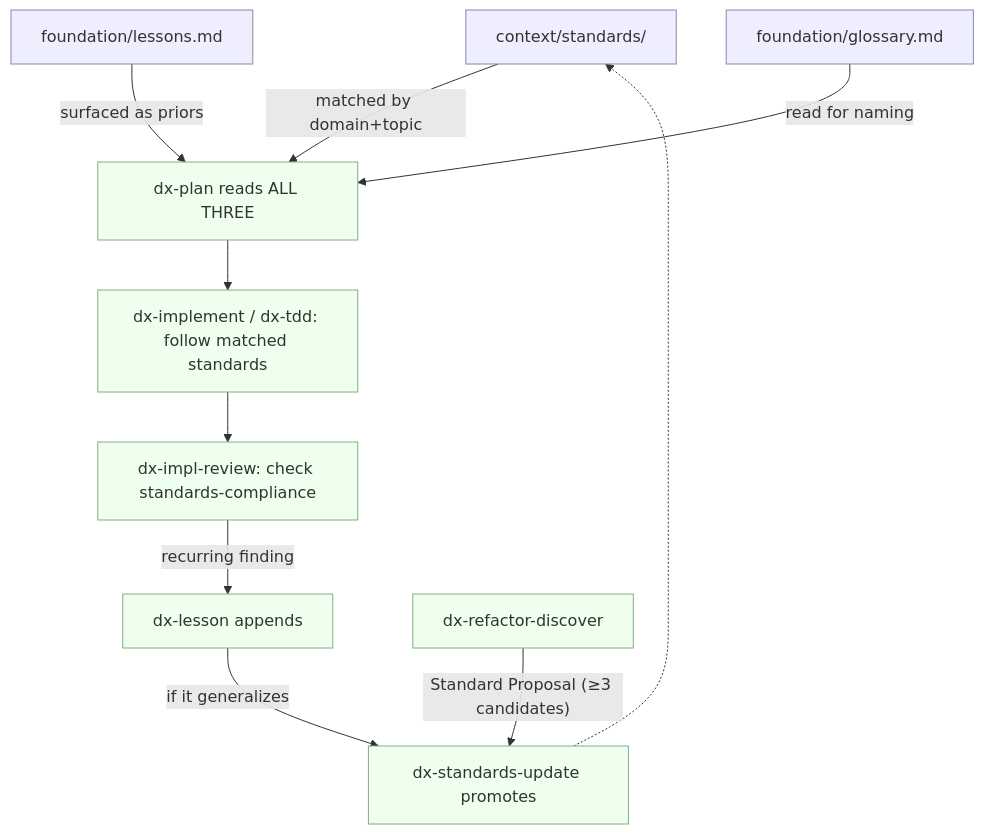
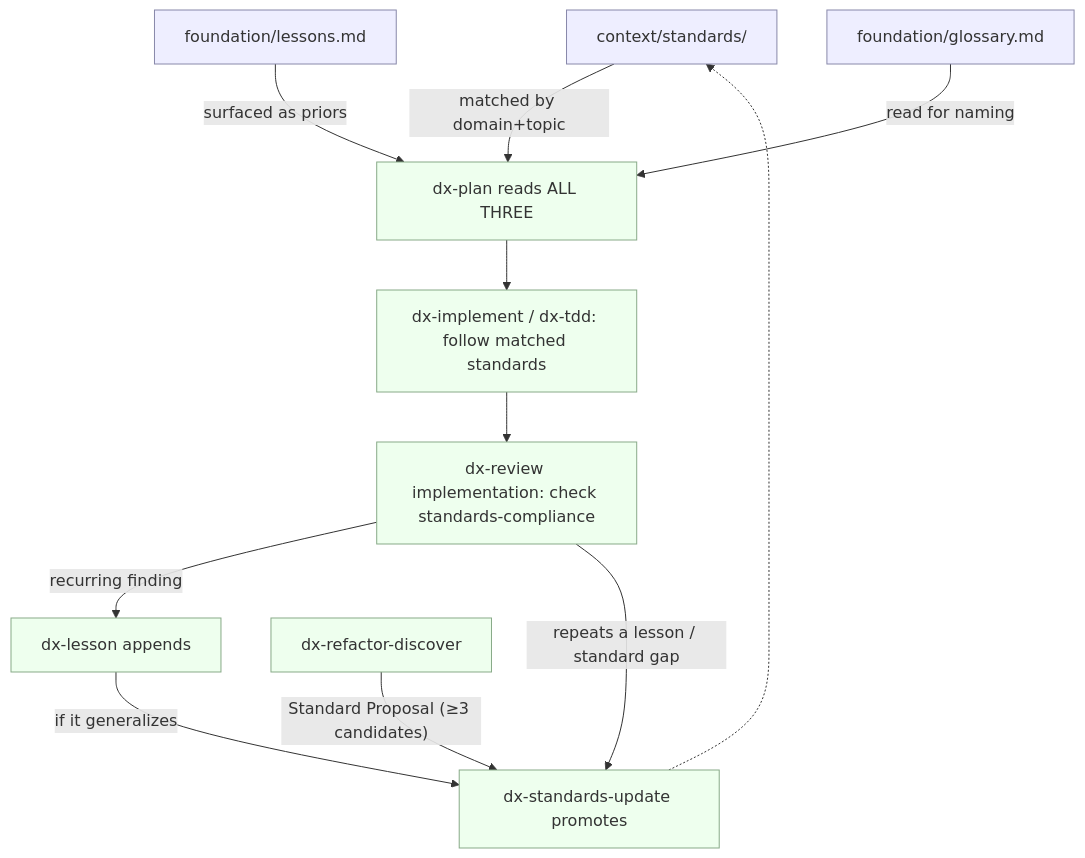
One commit to dikamilo/dx-workflow changed the diagram in docs/explanation/knowledge-layer.md. Above: the diagram before and after it, drawn with Mermaid. The commit also changed other lines of this file and 70 other files, not shown here.

````diff
--- a/docs/explanation/knowledge-layer.md
+++ b/docs/explanation/knowledge-layer.md
@@ -130,21 +129,22 @@
 ```mermaid
 flowchart TD
   S["context/standards/"]:::src
   L["foundation/lessons.md"]:::src
   G["foundation/glossary.md"]:::src
 
   S -- "matched by domain+topic" --> P
   L -- "surfaced as priors" --> P
   G -- "read for naming" --> P
 
   P["dx-plan reads ALL THREE"]:::step
   P --> I["dx-implement / dx-tdd: follow matched standards"]:::step
-  I --> R["dx-impl-review: check standards-compliance"]:::step
+  I --> R["dx-review implementation: check standards-compliance"]:::step
   R -- "recurring finding" --> LS["dx-lesson appends"]:::step
+  R -- "repeats a lesson / standard gap" --> SU
   LS -- "if it generalizes" --> SU["dx-standards-update promotes"]:::step
   RD["dx-refactor-discover"]:::step -- "Standard Proposal (≥3 candidates)" --> SU
   SU -.-> S
 
   classDef src fill:#eef,stroke:#88a
   classDef step fill:#efe,stroke:#8a8
 ```
````
